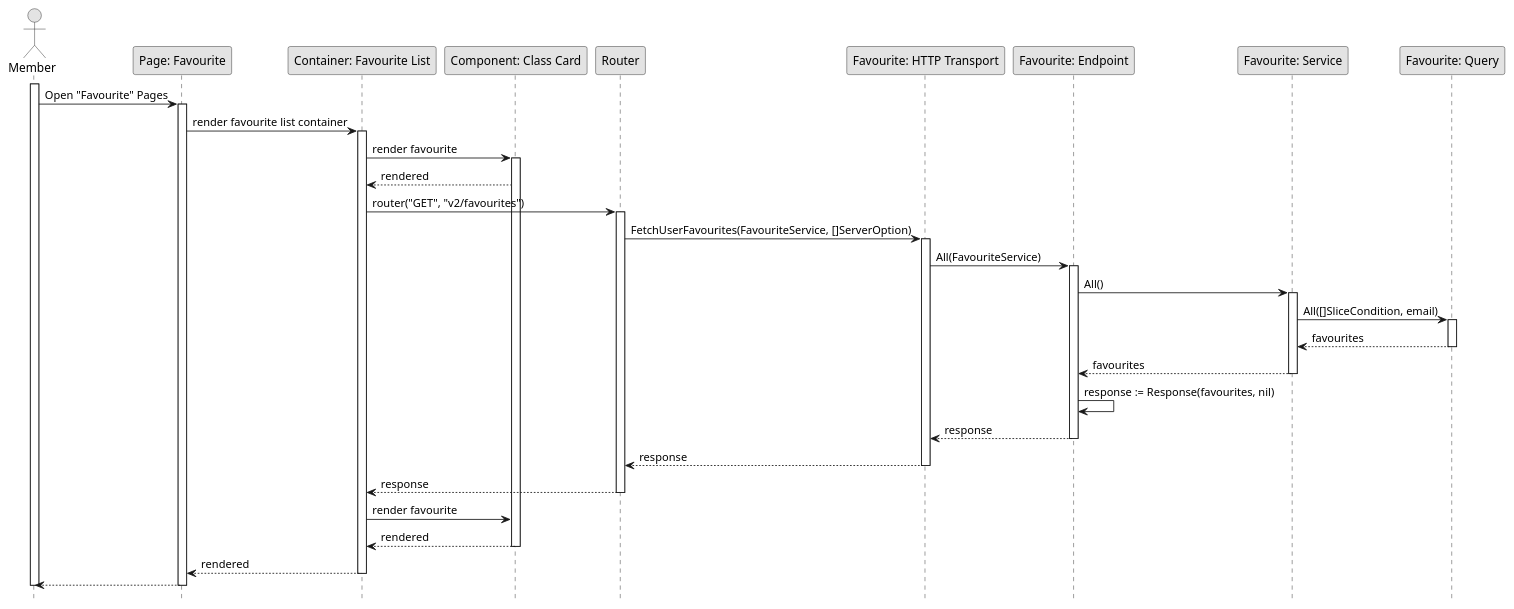
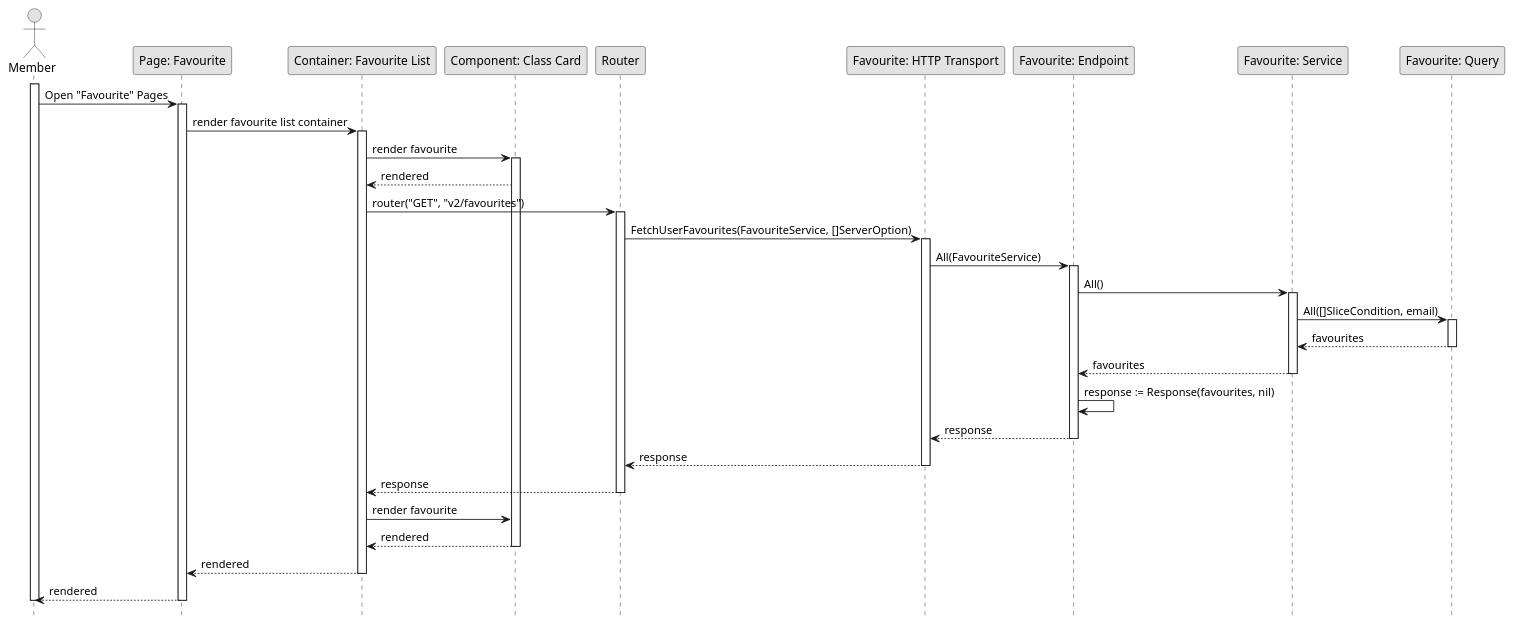
One commit to fwidjaya20/fazzlearning-uml changed the diagram in Sequence/Release04/GetFavourite.wsd. Above: the diagram before and after it, drawn with PlantUML. The commit also changed 13 other files, not shown here.

Commit message:
fix(sequence): adding return wording

```diff
--- a/Sequence/Release04/GetFavourite.wsd
+++ b/Sequence/Release04/GetFavourite.wsd
@@ -1,57 +1,57 @@
 @startuml GetFavourite
 
 skinparam Monochrome true
 skinparam Shadowing false
 hide footbox
 
 actor Member
 participant "Page: Favourite" as FavouritePage
 participant "Container: Favourite List" as FavouriteListContainer
 participant "Component: Class Card" as ClassCard
 participant "Router" as Router
 participant "Favourite: HTTP Transport" as FavouriteHTTPTransport
 participant "Favourite: Endpoint" as FavouriteEndpoint
 participant "Favourite: Service" as FavouriteService
 participant "Favourite: Query" as FavouriteQuery
 
 activate Member
 
 Member->FavouritePage: Open "Favourite" Pages
 activate FavouritePage
 FavouritePage->FavouriteListContainer: render favourite list container
 activate FavouriteListContainer
 FavouriteListContainer->ClassCard: render favourite
 activate ClassCard
 ClassCard-->FavouriteListContainer: rendered
 FavouriteListContainer->Router: router("GET", "v2/favourites")
 activate Router
 Router->FavouriteHTTPTransport: FetchUserFavourites(FavouriteService, []ServerOption)
 activate FavouriteHTTPTransport
 FavouriteHTTPTransport->FavouriteEndpoint: All(FavouriteService)
 activate FavouriteEndpoint
 FavouriteEndpoint->FavouriteService: All()
 activate FavouriteService
 FavouriteService->FavouriteQuery: All([]SliceCondition, email)
 activate FavouriteQuery
 FavouriteQuery-->FavouriteService: favourites
 deactivate FavouriteQuery
 FavouriteService-->FavouriteEndpoint: favourites
 deactivate FavouriteService
 FavouriteEndpoint->FavouriteEndpoint: response := Response(favourites, nil)
 FavouriteEndpoint-->FavouriteHTTPTransport: response
 deactivate FavouriteEndpoint
 FavouriteHTTPTransport-->Router: response
 deactivate FavouriteHTTPTransport
 Router-->FavouriteListContainer: response
 deactivate Router
 FavouriteListContainer->ClassCard: render favourite
 ClassCard-->FavouriteListContainer: rendered
 deactivate ClassCard
 FavouriteListContainer-->FavouritePage: rendered
 deactivate FavouriteListContainer
-FavouritePage-->Member
+FavouritePage-->Member: rendered
 deactivate FavouritePage
 
 deactivate Member
 
 @enduml
```
